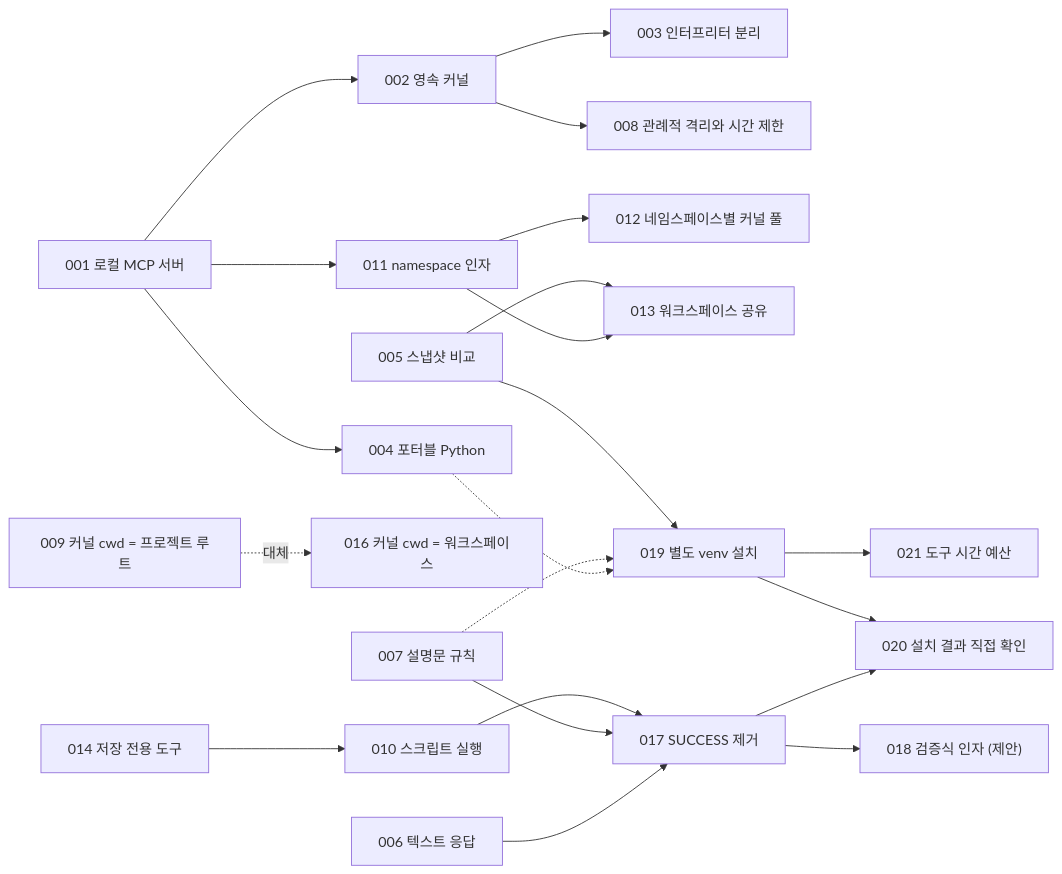
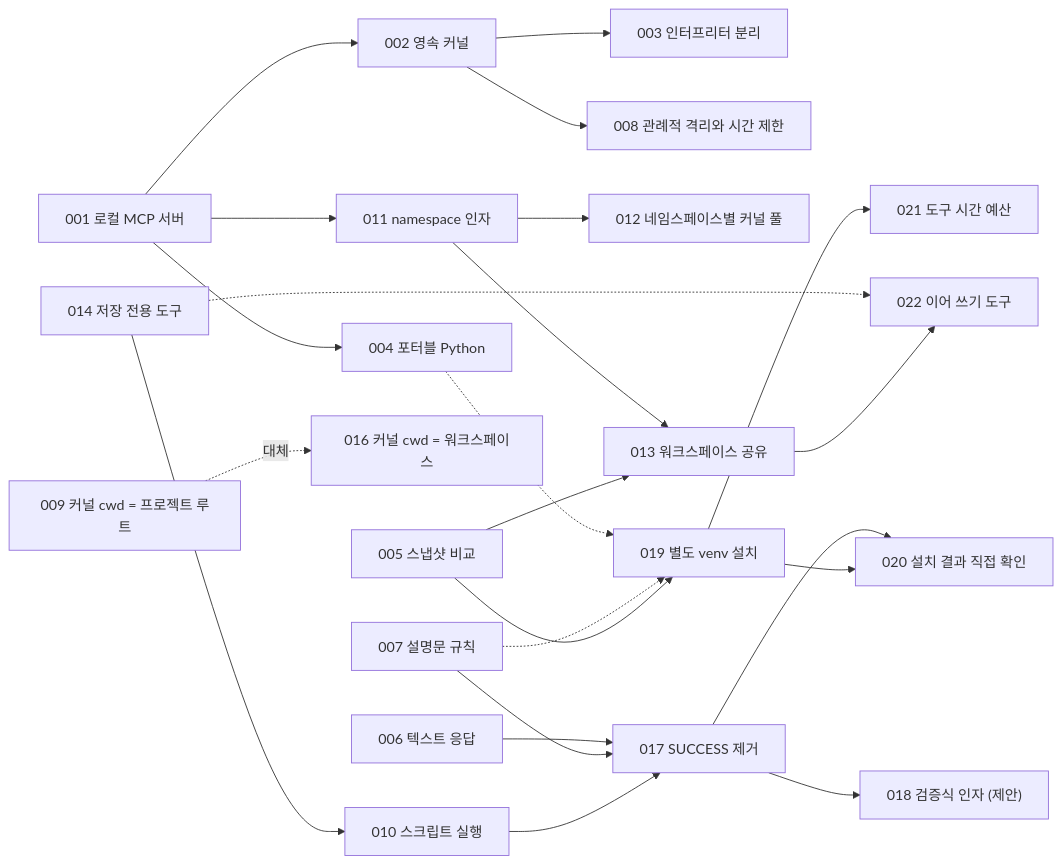
Before and after one commit to HaJaehee/AirGappedPySandbox: the diagram in lectures/adr/README.md, drawn with Mermaid. The commit also changed other lines of this file and 17 other files, not shown here.

````diff
--- a/lectures/adr/README.md
+++ b/lectures/adr/README.md
@@ -57,23 +58,25 @@
 ```mermaid
 flowchart LR
     A001["001 로컬 MCP 서버"] --> A002["002 영속 커널"]
     A001 --> A004["004 포터블 Python"]
     A001 --> A011["011 namespace 인자"]
     A002 --> A003["003 인터프리터 분리"]
     A002 --> A008["008 관례적 격리와 시간 제한"]
     A011 --> A012["012 네임스페이스별 커널 풀"]
     A011 --> A013["013 워크스페이스 공유"]
     A005["005 스냅샷 비교"] --> A013
     A009["009 커널 cwd = 프로젝트 루트"] -. "대체" .-> A016["016 커널 cwd = 워크스페이스"]
     A006["006 텍스트 응답"] --> A017["017 SUCCESS 제거"]
     A007["007 설명문 규칙"] --> A017
     A017 --> A018["018 검증식 인자 (제안)"]
     A017 --> A020["020 설치 결과 직접 확인"]
     A004 -.-> A019["019 별도 venv 설치"]
     A007 -.-> A019
     A005 --> A019
     A019 --> A020
     A019 --> A021["021 도구 시간 예산"]
     A010["010 스크립트 실행"] --> A017
     A014["014 저장 전용 도구"] --> A010
+    A014 -.-> A022["022 이어 쓰기 도구"]
+    A013 --> A022
 ```
````
